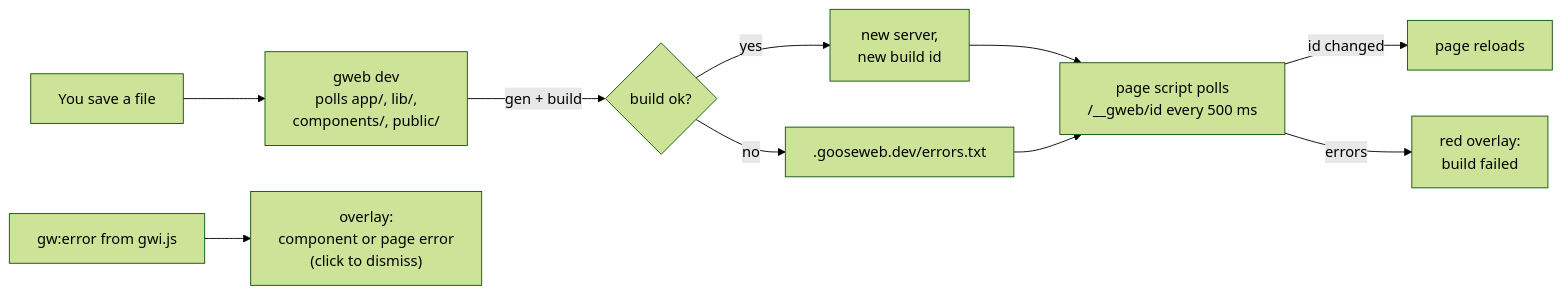
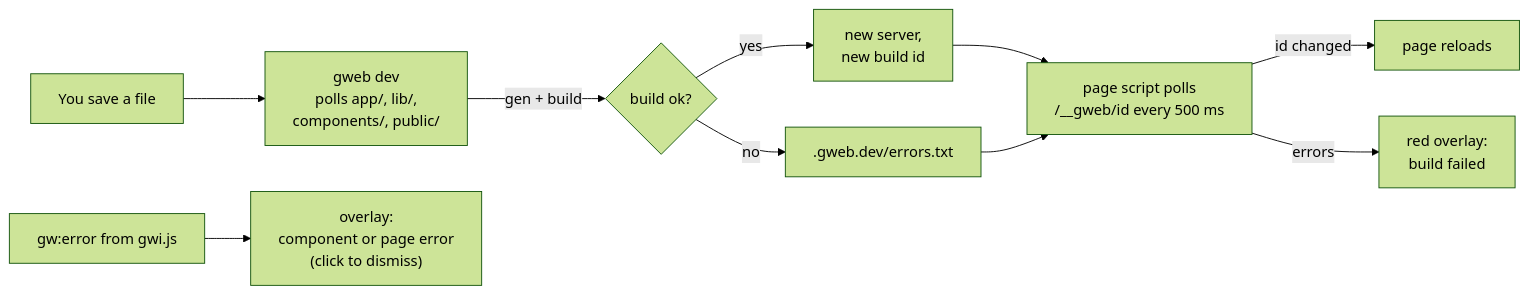
Before and after one commit to josephheinz/goose-web: the fifth of 5 diagrams in docs/ARCHITECTURE.md, drawn with Mermaid (forest theme). The commit also changed other lines of this file and 61 other files, not shown here.

Commit message:
Rename .gooseweb* paths to .gweb*

````diff
--- a/docs/ARCHITECTURE.md
+++ b/docs/ARCHITECTURE.md
@@ -351,12 +351,12 @@
 ```mermaid
 flowchart LR
     edit["You save a file"] --> watch["gweb dev<br/>polls app/, lib/,<br/>components/, public/"]
     watch -->|gen + build| ok{build ok?}
     ok -->|yes| restart["new server,<br/>new build id"]
-    ok -->|no| errs[".gooseweb.dev/errors.txt"]
+    ok -->|no| errs[".gweb.dev/errors.txt"]
     restart --> poll
     errs --> poll
     poll["page script polls<br/>/__gweb/id every 500 ms"] -->|id changed| reload["page reloads"]
     poll -->|errors| overlay["red overlay:<br/>build failed"]
     gwerr["gw:error from gwi.js"] --> overlay2["overlay:<br/>component or page error<br/>(click to dismiss)"]
 ```
````
